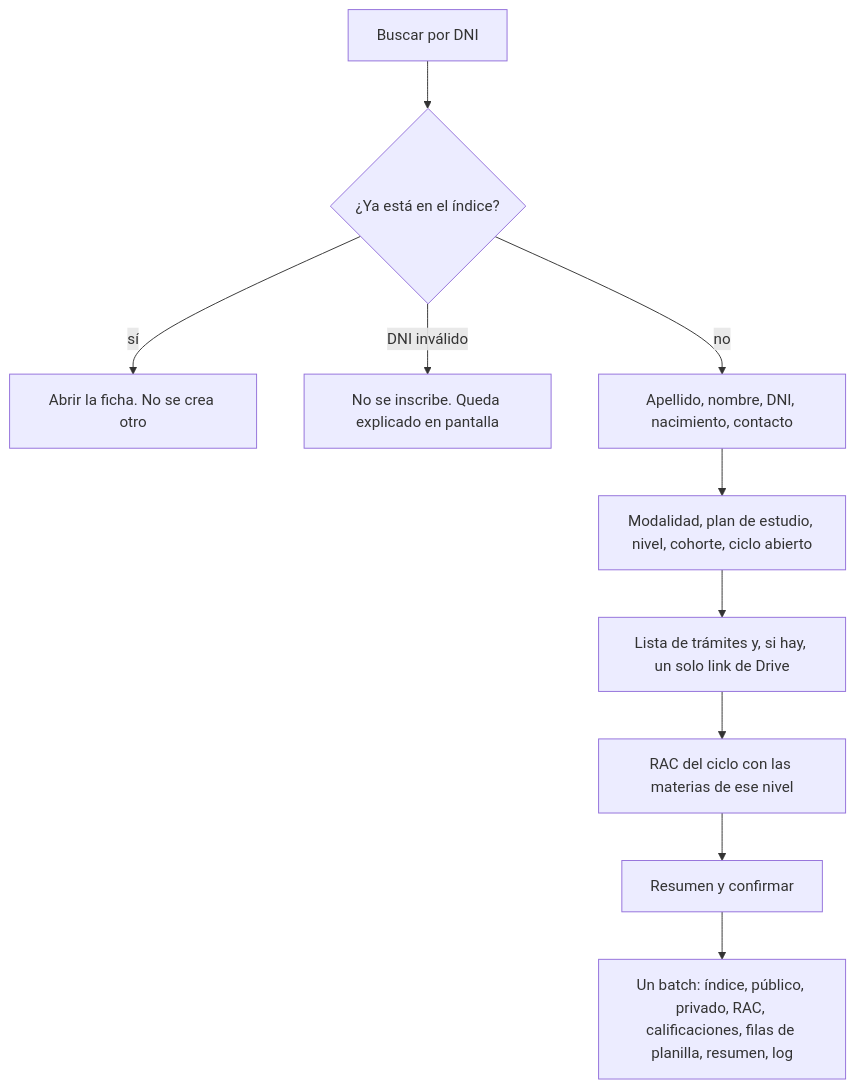
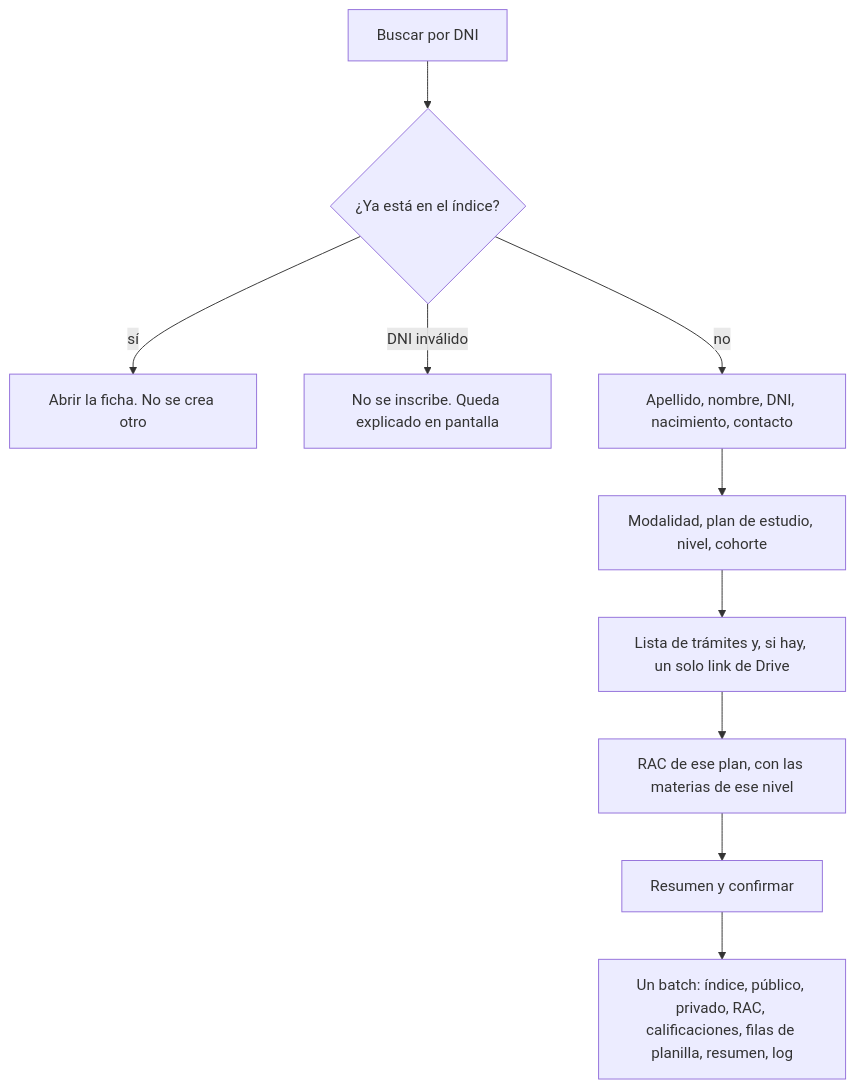
One commit to NahuelPardo89/ceijahigueras changed the first of 2 diagrams in docs/PLAN_REDISENO.md. Above: the diagram before and after it, drawn with Mermaid. The commit also changed other lines of this file, not shown here.

First line of the commit message:
docs: modalidad virtual, RAC sin cierre anual y planillas separadas

````diff
--- a/docs/PLAN_REDISENO.md
+++ b/docs/PLAN_REDISENO.md
@@ -362,12 +387,12 @@
 ```mermaid
 flowchart TD
   buscar["Buscar por DNI"] --> existe{"¿Ya está en el índice?"}
   existe -->|sí| ficha["Abrir la ficha. No se crea otro"]
   existe -->|DNI inválido| corte["No se inscribe. Queda explicado en pantalla"]
   existe -->|no| identidad["Apellido, nombre, DNI, nacimiento, contacto"]
-  identidad --> cursado["Modalidad, plan de estudio, nivel, cohorte, ciclo abierto"]
+  identidad --> cursado["Modalidad, plan de estudio, nivel, cohorte"]
   cursado --> docs["Lista de trámites y, si hay, un solo link de Drive"]
-  docs --> rac["RAC del ciclo con las materias de ese nivel"]
+  docs --> rac["RAC de ese plan, con las materias de ese nivel"]
   rac --> confirmar["Resumen y confirmar"]
   confirmar --> batch["Un batch: índice, público, privado, RAC, calificaciones, filas de planilla, resumen, log"]
 ```
````
